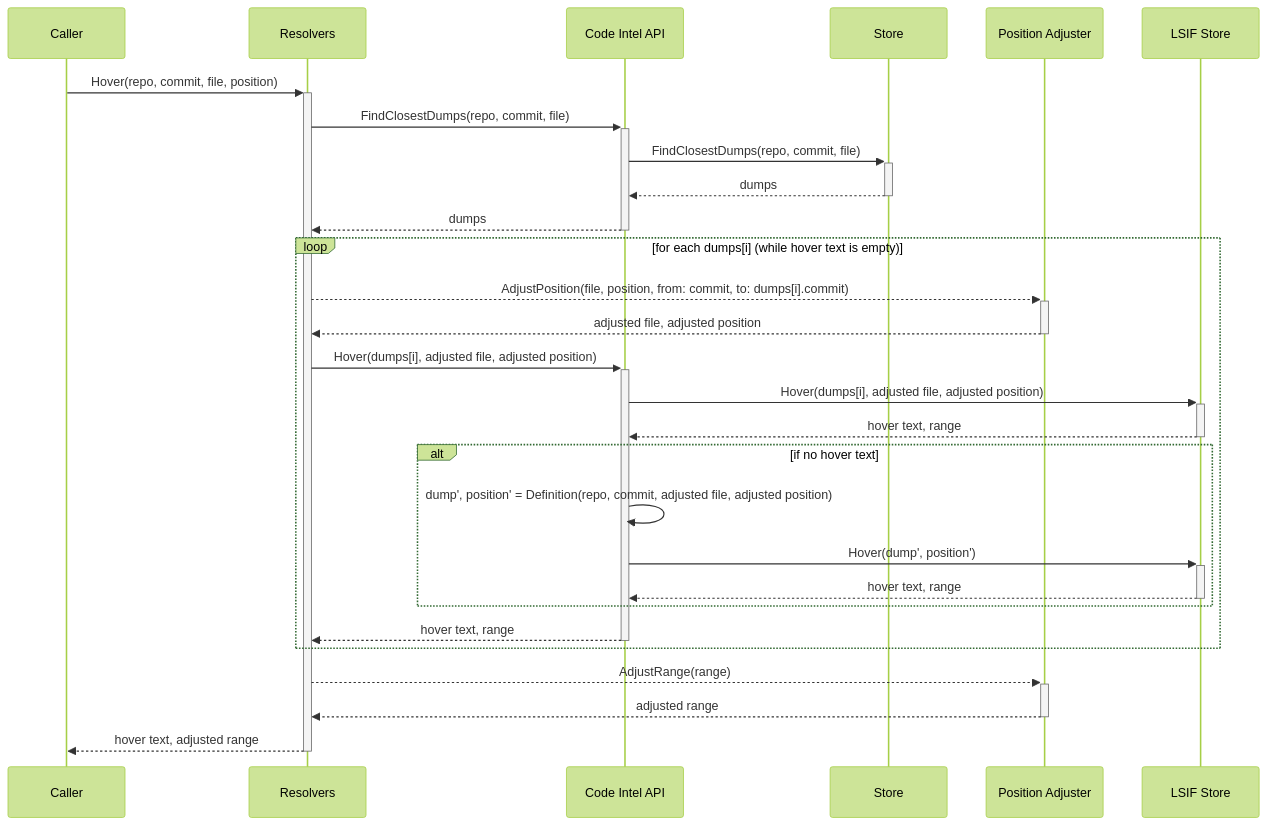
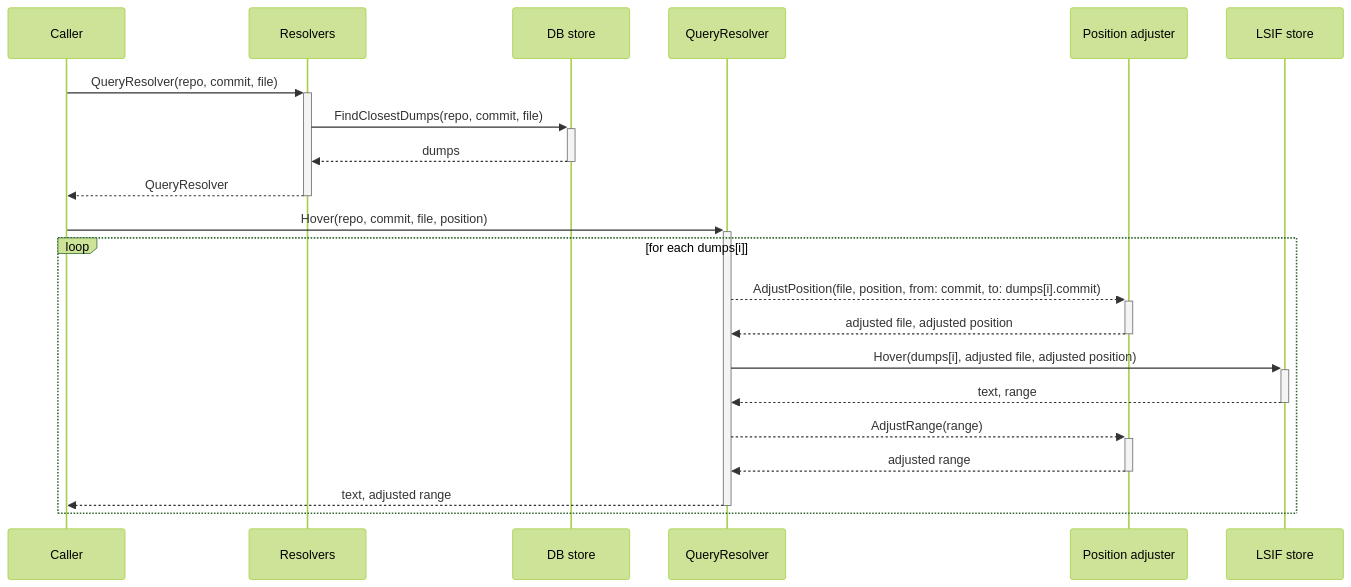
One commit to sourcegraph/sourcegraph-public-snapshot changed the diagram in doc/dev/background-information/codeintel/diagrams/hover.mermaid. Above: the diagram before and after it, drawn with Mermaid (forest theme). The commit also changed 22 other files, not shown here.

Commit message:
doc: Update code-intel sequence diagrams

```diff
--- a/doc/dev/background-information/codeintel/diagrams/hover.mermaid
+++ b/doc/dev/background-information/codeintel/diagrams/hover.mermaid
@@ -1,26 +1,17 @@
 sequenceDiagram
-  Caller          ->>+ Resolvers: Hover(repo, commit, file, position)
-  Resolvers       ->>+ Code Intel API: FindClosestDumps(repo, commit, file)
-  Code Intel API  ->>+ Store: FindClosestDumps(repo, commit, file)
-  Store          -->>- Code Intel API: dumps
-  Code Intel API -->>- Resolvers: dumps
+  Caller          ->>+ Resolvers: QueryResolver(repo, commit, file)
+  Resolvers       ->>+ DB store: FindClosestDumps(repo, commit, file)
+  DB store       -->>- Resolvers: dumps
+  Resolvers      -->>- Caller: QueryResolver
+  Caller          ->>+ QueryResolver: Hover(repo, commit, file, position)
 
-  loop for each dumps[i] (while hover text is empty)
-    Resolvers         -->>+ Position Adjuster: AdjustPosition(file, position, from: commit, to: dumps[i].commit)
-    Position Adjuster -->>- Resolvers: adjusted file, adjusted position
-    Resolvers          ->>+ Code Intel API: Hover(dumps[i], adjusted file, adjusted position)
-    Code Intel API     ->>+ LSIF Store: Hover(dumps[i], adjusted file, adjusted position)
-    LSIF Store        -->>- Code Intel API: hover text, range
+  loop for each dumps[i]
+    QueryResolver     -->>+ Position adjuster: AdjustPosition(file, position, from: commit, to: dumps[i].commit)
+    Position adjuster -->>- QueryResolver: adjusted file, adjusted position
+    QueryResolver      ->>+ LSIF store: Hover(dumps[i], adjusted file, adjusted position)
+    LSIF store        -->>- QueryResolver: text, range
 
-    alt if no hover text
-      Code Intel API  ->>  Code Intel API: dump', position' = Definition(repo, commit, adjusted file, adjusted position)
-      Code Intel API  ->>+ LSIF Store: Hover(dump', position')
-      LSIF Store     -->>- Code Intel API: hover text, range
-    end
-
-    Code Intel API -->>- Resolvers: hover text, range
+    QueryResolver     -->>+ Position adjuster: AdjustRange(range)
+    Position adjuster -->>- QueryResolver: adjusted range
+    QueryResolver     -->>- Caller: text, adjusted range
   end
-
-  Resolvers         -->>+ Position Adjuster: AdjustRange(range)
-  Position Adjuster -->>- Resolvers: adjusted range
-  Resolvers         -->>- Caller: hover text, adjusted range
```
